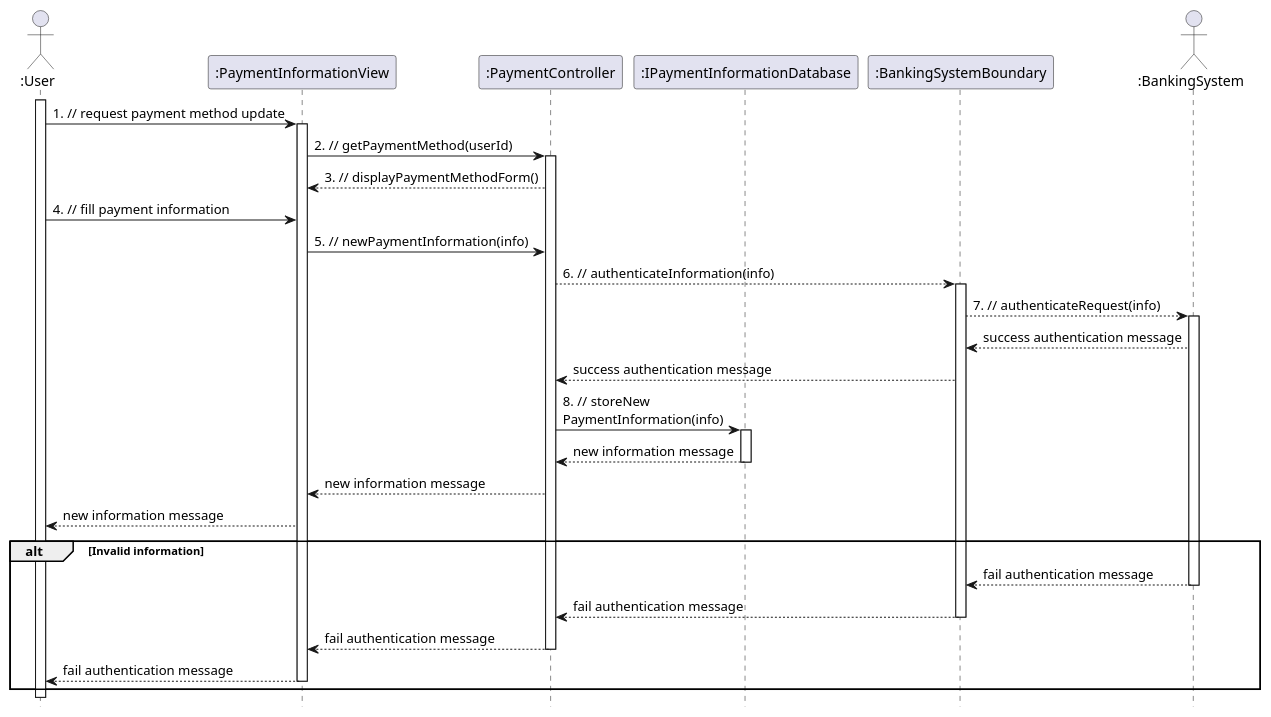
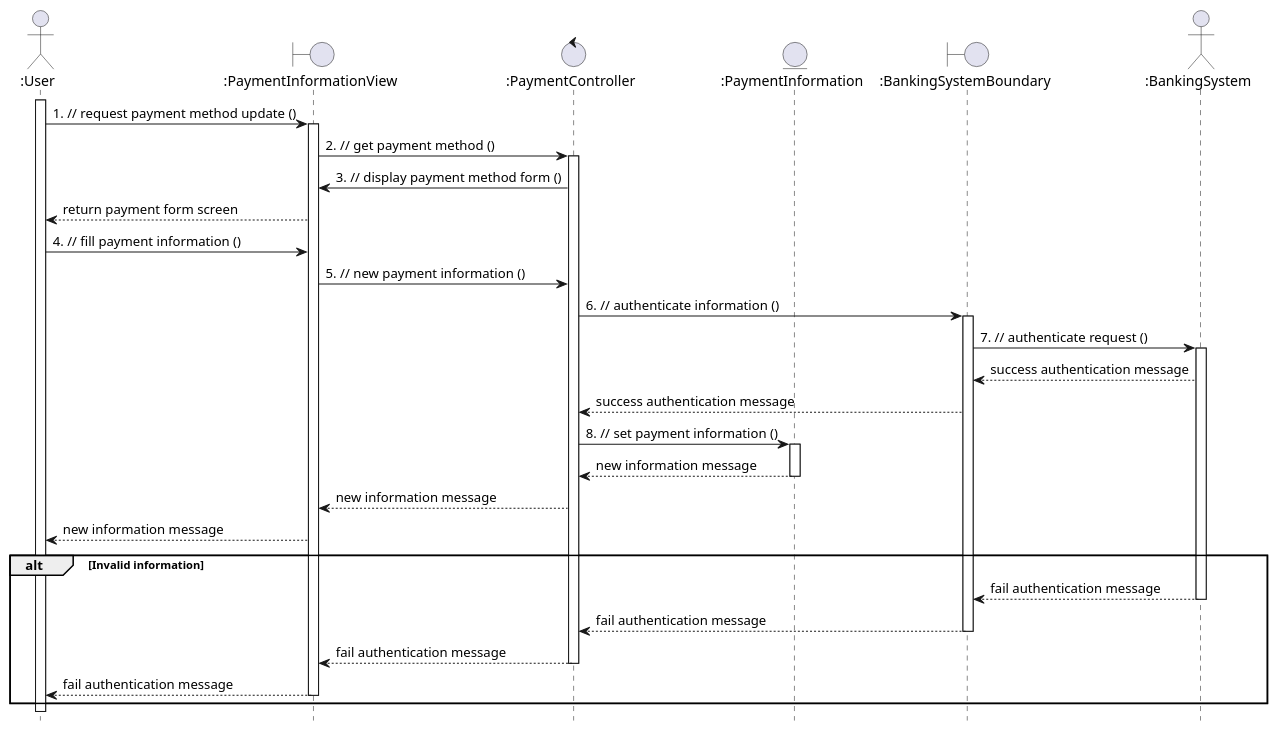
The diagram in uml/design/sequence/linh/update_payment_information.pu (anhbanlinhle/velocity-exchange), drawn with PlantUML before and after one commit. The commit also changed 5 other files, not shown here.

Commit message:
doc[lynn]: base design sequences from analysis

```diff
--- a/uml/design/sequence/linh/update_payment_information.pu
+++ b/uml/design/sequence/linh/update_payment_information.pu
@@ -1,47 +1,49 @@
 @startuml UC_4
 hide footbox
 
+
 actor ":User" as User
-participant ":PaymentInformationView" as PaymentInformationView
-participant ":PaymentController" as PaymentController
-participant ":IPaymentInformationDatabase" as PaymentInformation
-participant ":BankingSystemBoundary" as BankingSystemBoundary
+boundary ":PaymentInformationView" as PaymentInformationView
+control ":PaymentController" as PaymentController
+entity ":PaymentInformation" as PaymentInformation
+boundary ":BankingSystemBoundary" as BankingSystemBoundary
 actor ":BankingSystem" as BankingSystem
 
 User ++
-  User -> PaymentInformationView : 1. // request payment method update
+  User -> PaymentInformationView : 1. // request payment method update ()
   activate PaymentInformationView
-    PaymentInformationView -> PaymentController : 2. // getPaymentMethod(userId)
+    PaymentInformationView -> PaymentController : 2. // get payment method ()
     activate PaymentController
-      PaymentController --> PaymentInformationView: 3. // displayPaymentMethodForm()
-  User -> PaymentInformationView: 4. // fill payment information
-    PaymentInformationView -> PaymentController: 5. // newPaymentInformation(info)
-      PaymentController --> BankingSystemBoundary: 6. // authenticateInformation(info)
+      PaymentController -> PaymentInformationView: 3. // display payment method form ()
+      PaymentInformationView --> User: return payment form screen
+  User -> PaymentInformationView: 4. // fill payment information ()
+    PaymentInformationView -> PaymentController: 5. // new payment information ()
+      PaymentController -> BankingSystemBoundary: 6. // authenticate information ()
       activate BankingSystemBoundary
-        BankingSystemBoundary --> BankingSystem: 7. // authenticateRequest(info)
+        BankingSystemBoundary -> BankingSystem: 7. // authenticate request ()
         activate BankingSystem
           BankingSystem --> BankingSystemBoundary: success authentication message
         BankingSystemBoundary --> PaymentController: success authentication message
-      PaymentController -> PaymentInformation: 8. // storeNew \nPaymentInformation(info)
+      PaymentController -> PaymentInformation: 8. // set payment information ()
       activate PaymentInformation
         PaymentInformation --> PaymentController: new information message
       deactivate PaymentInformation
       PaymentController --> PaymentInformationView: new information message
     PaymentInformationView --> User: new information message
 
 alt Invalid information
   
   BankingSystem --> BankingSystemBoundary: fail authentication message
   BankingSystem --
     BankingSystemBoundary --> PaymentController: fail authentication message
     
   deactivate BankingSystemBoundary
     PaymentController --> PaymentInformationView: fail authentication message
     
   deactivate PaymentController
     PaymentInformationView --> User: fail authentication message
     
   deactivate PaymentInformationView
 end
 
 @enduml
```
